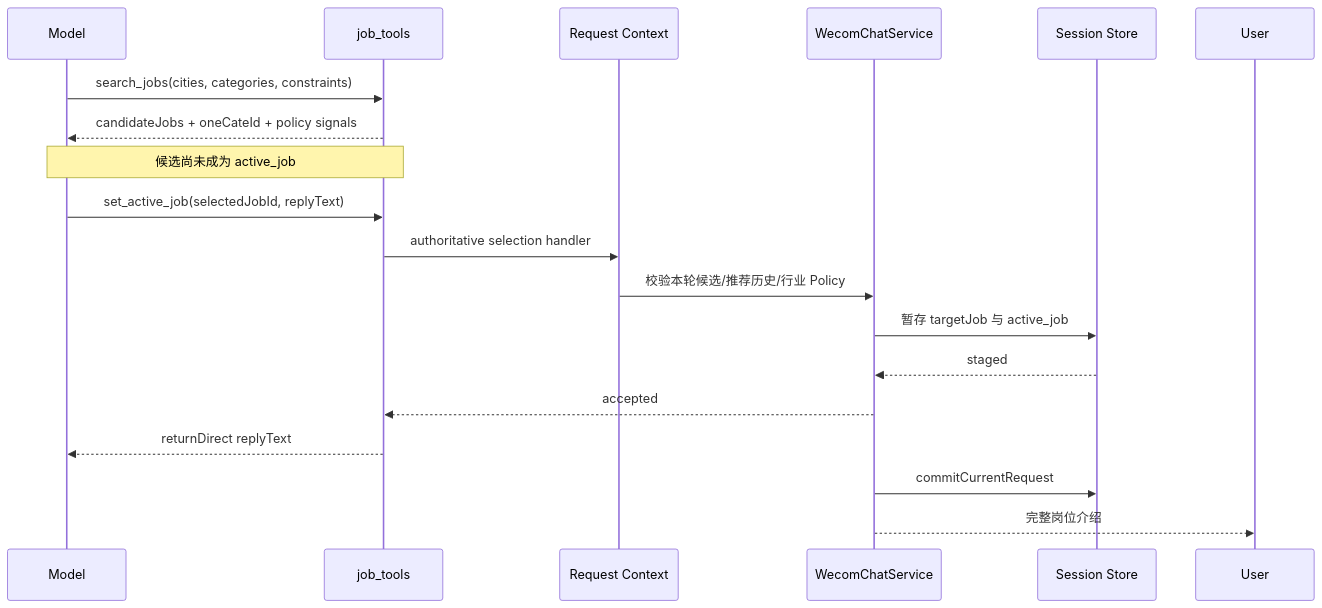
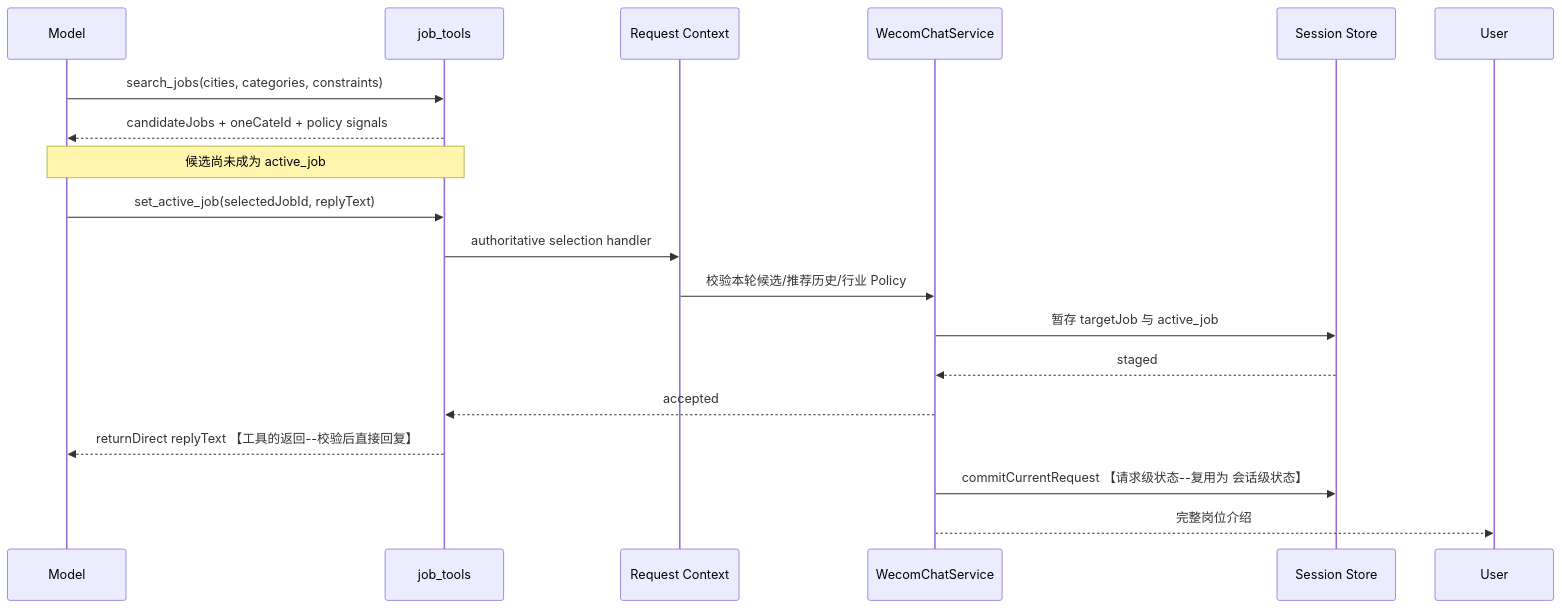
The fifth of 6 diagrams in z---- 从Agent到手撕OpenClaw的企业实战----基于HarnessEngineering架构的企业实战项目/v3cagent--简单手册1104.md (ab1821291660/ERP_OPENCLAW), drawn with Mermaid before and after one commit. The commit also changed other lines of this file and 1 other file, not shown here.

````diff
--- a/z---- 从Agent到手撕OpenClaw的企业实战----基于HarnessEngineering架构的企业实战项目/v3cagent--简单手册1104.md
+++ b/z---- 从Agent到手撕OpenClaw的企业实战----基于HarnessEngineering架构的企业实战项目/v3cagent--简单手册1104.md
@@ -790,22 +793,22 @@
 ```mermaid
 sequenceDiagram
     participant M as Model
     participant J as job_tools
     participant C as Request Context
     participant S as WecomChatService
     participant SS as Session Store
     participant U as User
 
     M->>J: search_jobs(cities, categories, constraints)
     J-->>M: candidateJobs + oneCateId + policy signals
     Note over M,J: 候选尚未成为 active_job
-    M->>J: set_active_job(selectedJobId, replyText)
+    M->>J: set_active_job(selectedJobId, replyText) ##===================================
     J->>C: authoritative selection handler
-    C->>S: 校验本轮候选/推荐历史/行业 Policy
-    S->>SS: 暂存 targetJob 与 active_job
+    C->>S: 校验本轮候选/推荐历史/行业 Policy  ##========
+    S->>SS: 暂存 targetJob 与 active_job  ##========
     SS-->>S: staged
     S-->>J: accepted
-    J-->>M: returnDirect replyText
-    S->>SS: commitCurrentRequest
+    J-->>M: returnDirect replyText 【工具的返回--校验后直接回复】##===================================
+    S->>SS: commitCurrentRequest 【请求级状态--复用为 会话级状态】##===================================
     S-->>U: 完整岗位介绍
 ```
````
